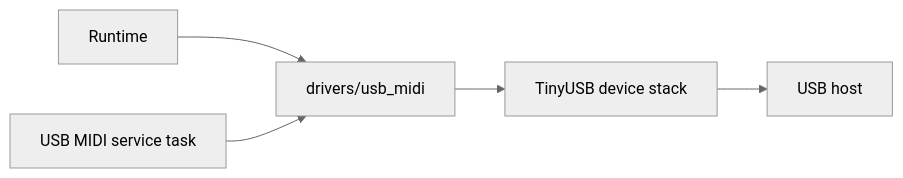
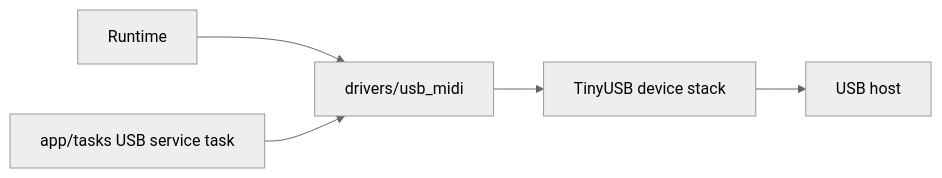
Before and after one commit to starkensan/usb_midi_pedal: the first of 2 diagrams in docs/designs/usb-midi-driver.md, drawn with Mermaid (neutral theme). The commit also changed other lines of this file and 6 other files, not shown here.

````diff
--- a/docs/designs/usb-midi-driver.md
+++ b/docs/designs/usb-midi-driver.md
@@ -26,7 +26,7 @@
 ```mermaid
 flowchart LR
     runtime[Runtime] --> driver[drivers/usb_midi]
-    task[USB MIDI service task] --> driver
+    task[app/tasks USB service task] --> driver
     driver --> tinyusb[TinyUSB device stack]
     tinyusb --> host[USB host]
 ```
````
